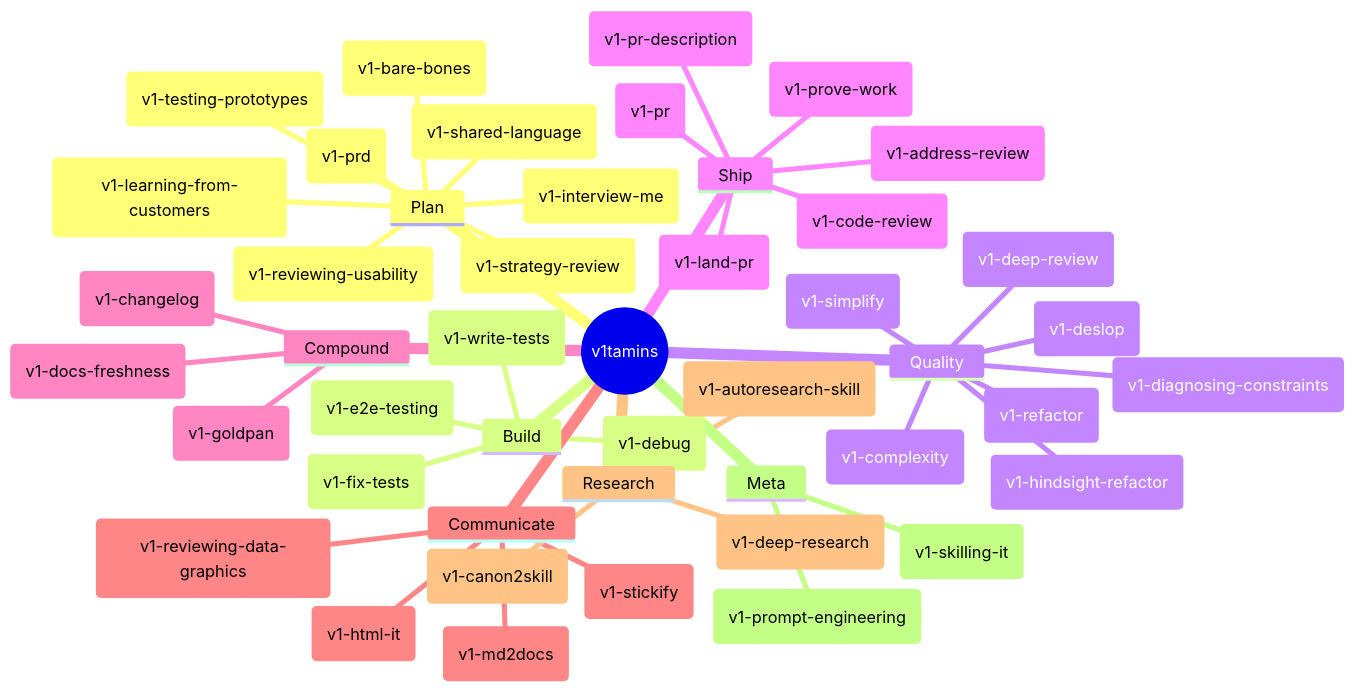
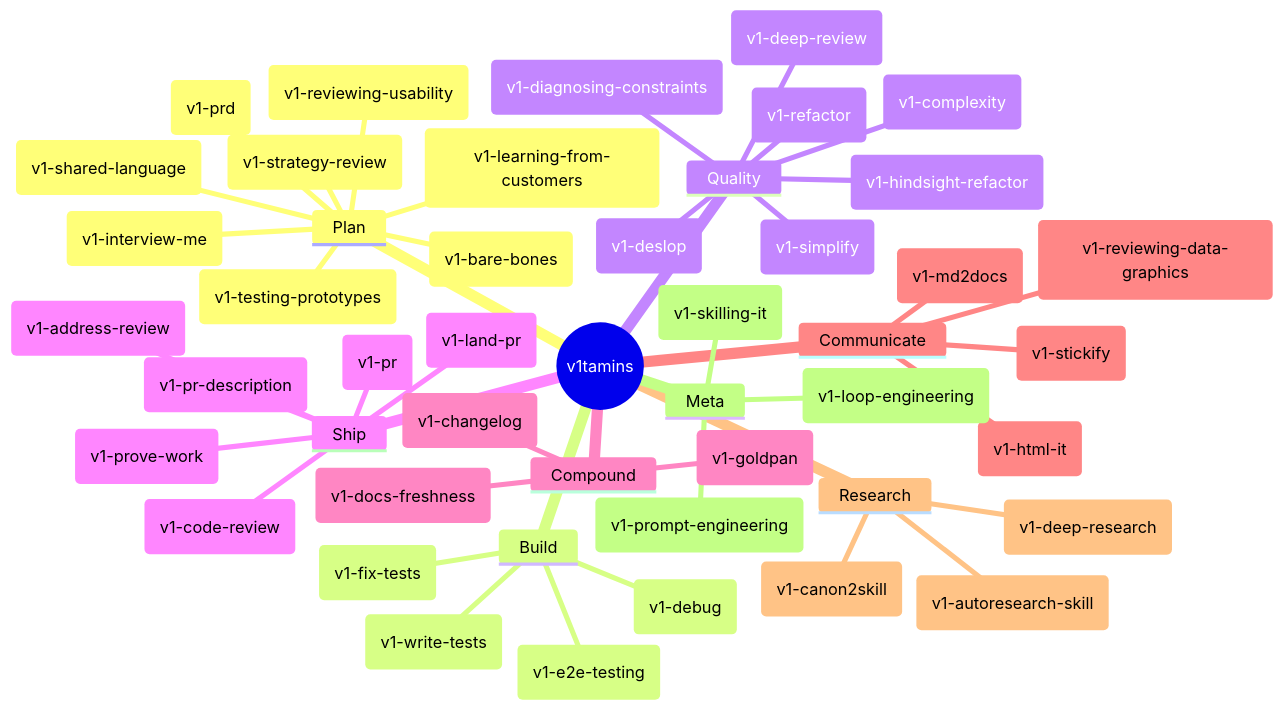
Before and after one commit to v1-io/v1tamins: the first of 6 diagrams in README.md, drawn with Mermaid. The commit also changed other lines of this file and 4 other files, not shown here.

````diff
--- a/README.md
+++ b/README.md
@@ -67,49 +67,50 @@
 ```mermaid
 mindmap
   root((v1tamins))
     Plan
       ("v1-interview-me")
       ("v1-strategy-review")
       ("v1-bare-bones")
       ("v1-shared-language")
       ("v1-prd")
       ("v1-learning-from-customers")
       ("v1-testing-prototypes")
       ("v1-reviewing-usability")
     Build
       ("v1-debug")
       ("v1-fix-tests")
       ("v1-write-tests")
       ("v1-e2e-testing")
     Quality
       ("v1-simplify")
       ("v1-deslop")
       ("v1-refactor")
       ("v1-complexity")
       ("v1-hindsight-refactor")
       ("v1-deep-review")
       ("v1-diagnosing-constraints")
     Ship
       ("v1-pr")
       ("v1-pr-description")
       ("v1-land-pr")
       ("v1-code-review")
       ("v1-address-review")
       ("v1-prove-work")
     Compound
       ("v1-goldpan")
       ("v1-docs-freshness")
       ("v1-changelog")
     Communicate
       ("v1-stickify")
       ("v1-md2docs")
       ("v1-html-it")
       ("v1-reviewing-data-graphics")
     Research
       ("v1-deep-research")
       ("v1-autoresearch-skill")
       ("v1-canon2skill")
     Meta
+      ("v1-loop-engineering")
       ("v1-skilling-it")
       ("v1-prompt-engineering")
 ```
````
